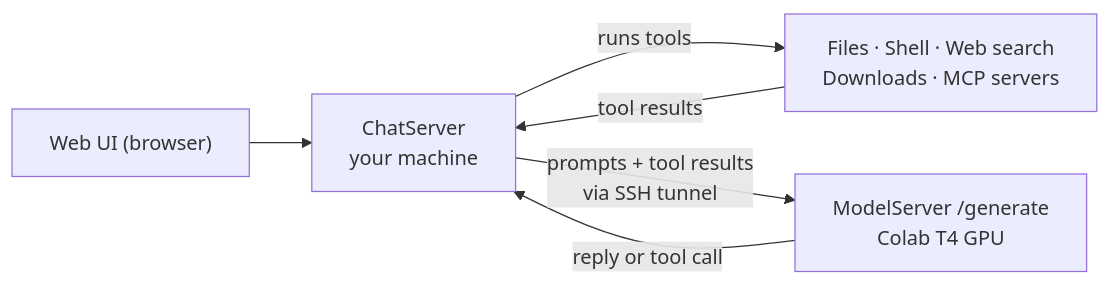
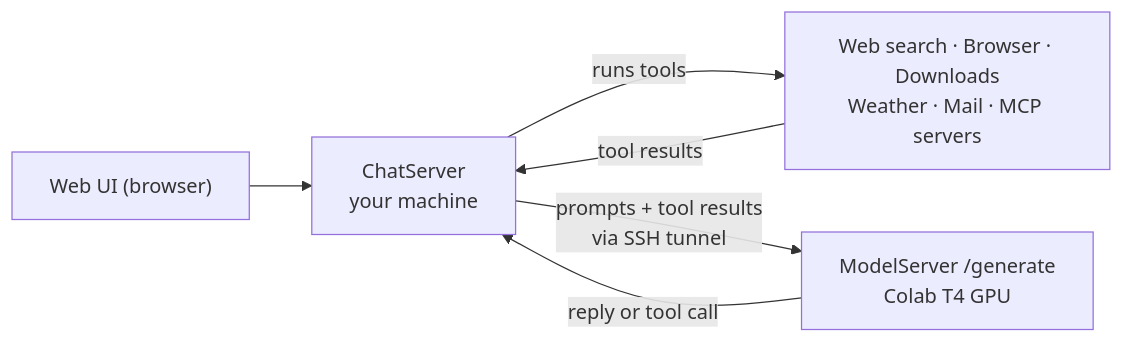
Before and after one commit to IshvaraX/JERN: the diagram in README.md, drawn with Mermaid. The commit also changed other lines of this file and 22 other files, not shown here.

````diff
--- a/README.md
+++ b/README.md
@@ -23,8 +23,8 @@
 ```mermaid
 flowchart LR
     UI["Web UI (browser)"] --> Chat["ChatServer<br/>your machine"]
-    Chat -->|"runs tools"| Tools["Files · Shell · Web search<br/>Downloads · MCP servers"]
+    Chat -->|"runs tools"| Tools["Web search · Browser · Downloads<br/>Weather · Mail · MCP servers"]
     Tools -->|"tool results"| Chat
     Chat -->|"prompts + tool results<br/>via SSH tunnel"| Model["ModelServer /generate<br/>Colab T4 GPU"]
     Model -->|"reply or tool call"| Chat
 ```
````
